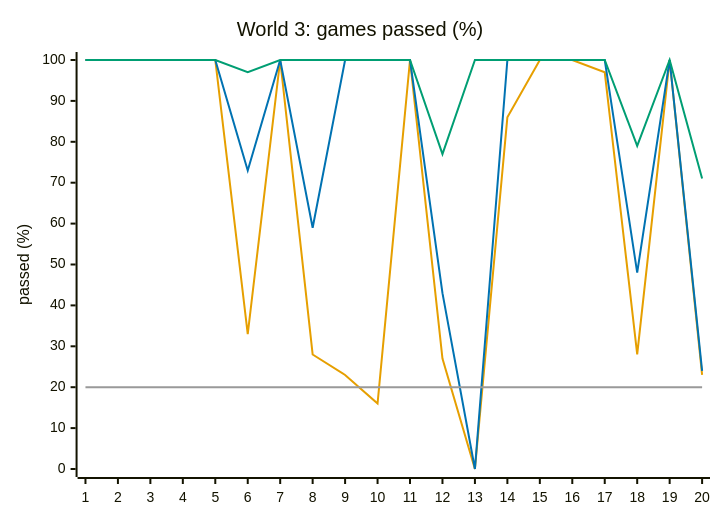
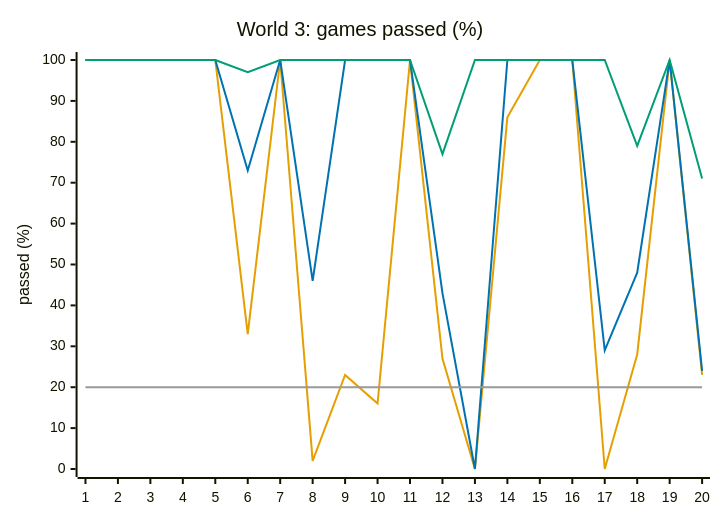
One commit to Pavelya/dots changed the fifth of 8 diagrams in docs/design/difficulty.md. Above: the diagram before and after it, drawn with Mermaid. The commit also changed other lines of this file and 10 other files, not shown here.

````diff
--- a/docs/design/difficulty.md
+++ b/docs/design/difficulty.md
@@ -194,11 +208,11 @@
 ```mermaid
 %%{init: {"themeVariables": {"xyChart": {"plotColorPalette": "#E69F00, #0072B2, #009E73, #999999"}}}}%%
 xychart-beta
     title "World 3: games passed (%)"
     x-axis ["1", "2", "3", "4", "5", "6", "7", "8", "9", "10", "11", "12", "13", "14", "15", "16", "17", "18", "19", "20"]
     y-axis "passed (%)" 0 --> 100
-    line [100, 100, 100, 100, 100, 33, 100, 28, 23, 16, 100, 27, 0, 86, 100, 100, 97, 28, 100, 23]
-    line [100, 100, 100, 100, 100, 73, 100, 59, 100, 100, 100, 43, 0, 100, 100, 100, 100, 48, 100, 24]
+    line [100, 100, 100, 100, 100, 33, 100, 2, 23, 16, 100, 27, 0, 86, 100, 100, 0, 28, 100, 23]
+    line [100, 100, 100, 100, 100, 73, 100, 46, 100, 100, 100, 43, 0, 100, 100, 100, 29, 48, 100, 24]
     line [100, 100, 100, 100, 100, 97, 100, 100, 100, 100, 100, 77, 100, 100, 100, 100, 100, 79, 100, 71]
     line [20, 20, 20, 20, 20, 20, 20, 20, 20, 20, 20, 20, 20, 20, 20, 20, 20, 20, 20, 20]
 ```
````
